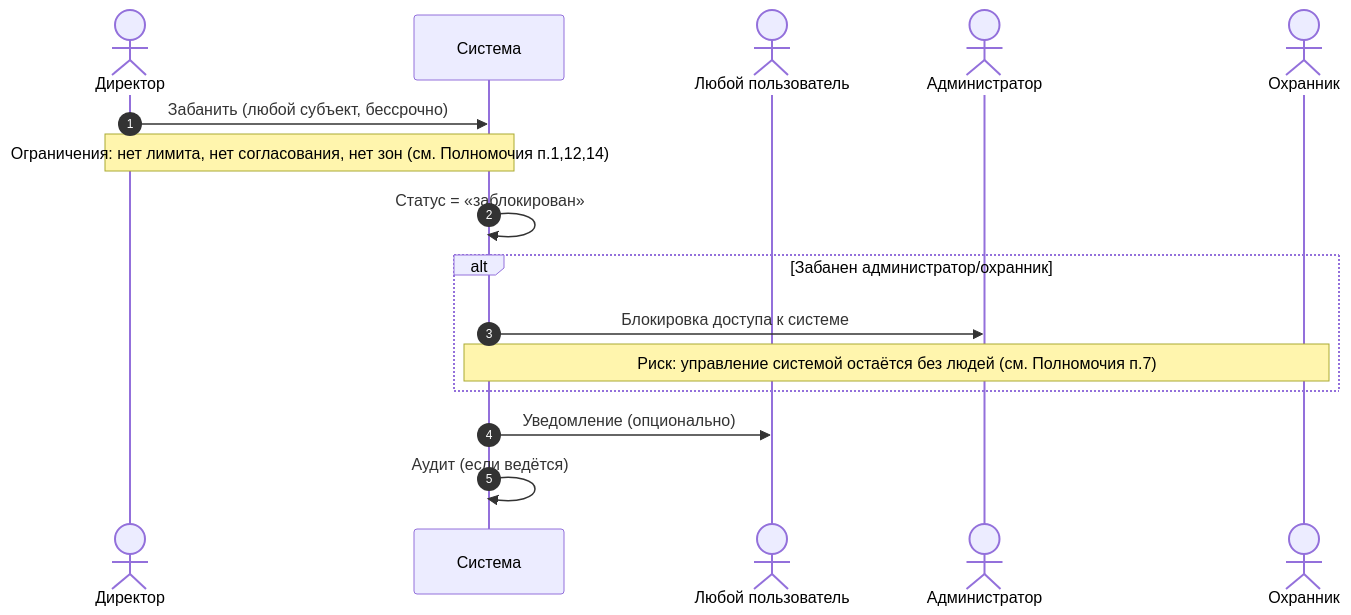
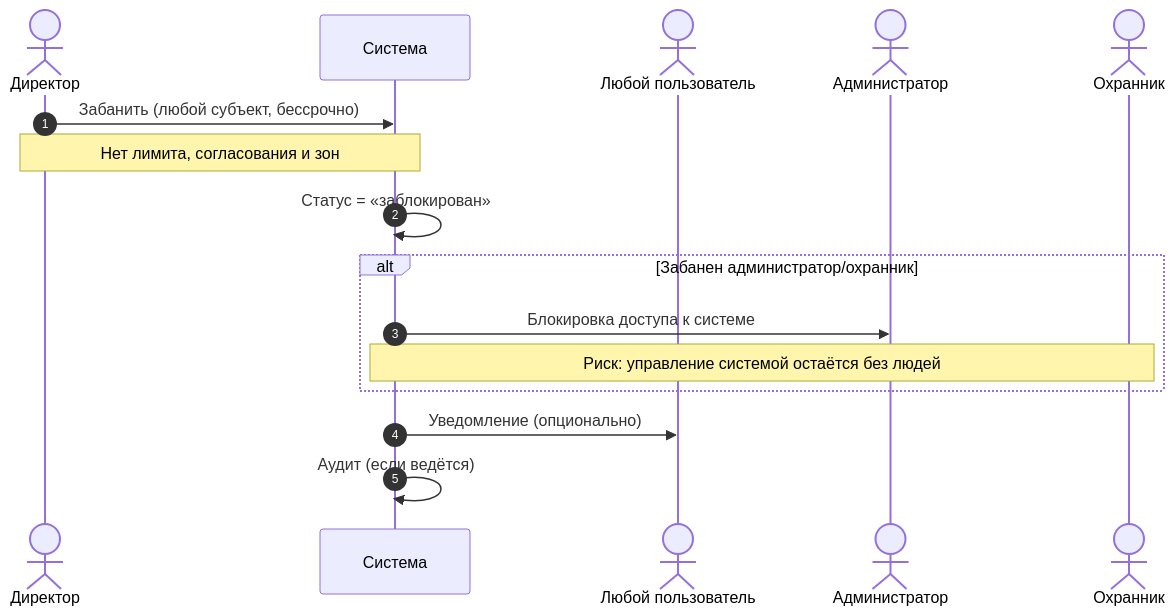
The sixth of 9 diagrams in Диаграммы_последовательности.md (lokiertyert/hz), drawn with Mermaid before and after one commit. The commit also changed other lines of this file, not shown here.

Commit message:
Убраны ссылки на номера полномочий из пояснений на диаграммах

````diff
--- a/Диаграммы_последовательности.md
+++ b/Диаграммы_последовательности.md
@@ -137,19 +137,19 @@
 ```mermaid
 sequenceDiagram
     autonumber
     actor D as Директор
     participant S as Система
     actor V as Любой пользователь
     actor AD as Администратор
     actor G as Охранник
 
     D->>S: Забанить (любой субъект, бессрочно)
-    Note over D,S: Ограничения: нет лимита, нет согласования, нет зон (см. Полномочия п.1,12,14)
+    Note over D,S: Нет лимита, согласования и зон
     S->>S: Статус = «заблокирован»
     alt Забанен администратор/охранник
         S->>AD: Блокировка доступа к системе
-        Note over S,G: Риск: управление системой остаётся без людей (см. Полномочия п.7)
+        Note over S,G: Риск: управление системой остаётся без людей
     end
     S->>V: Уведомление (опционально)
     S->>S: Аудит (если ведётся)
 ```
````
